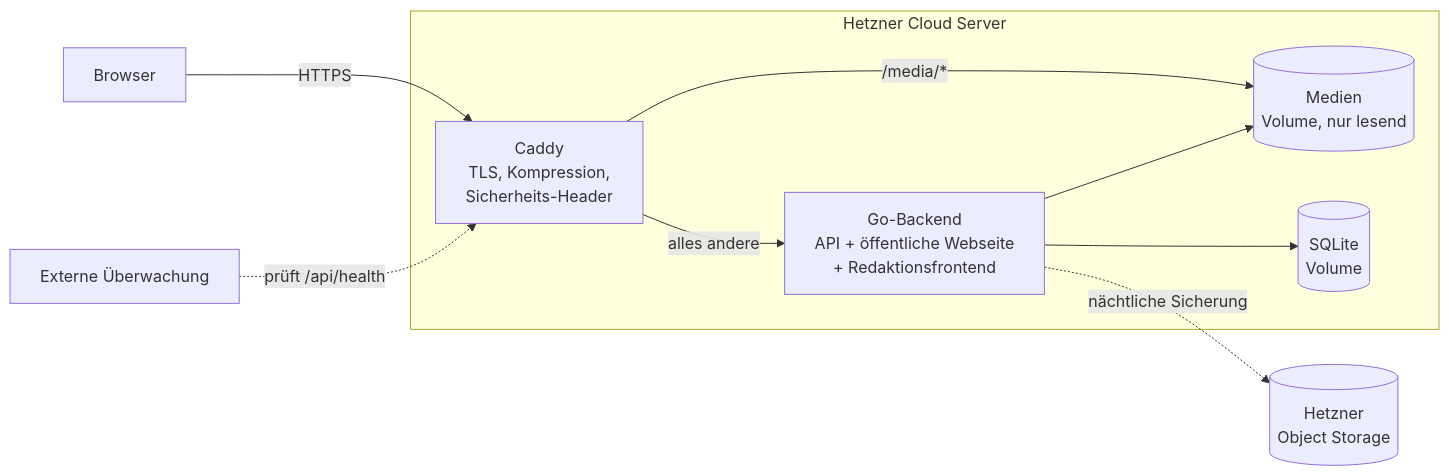
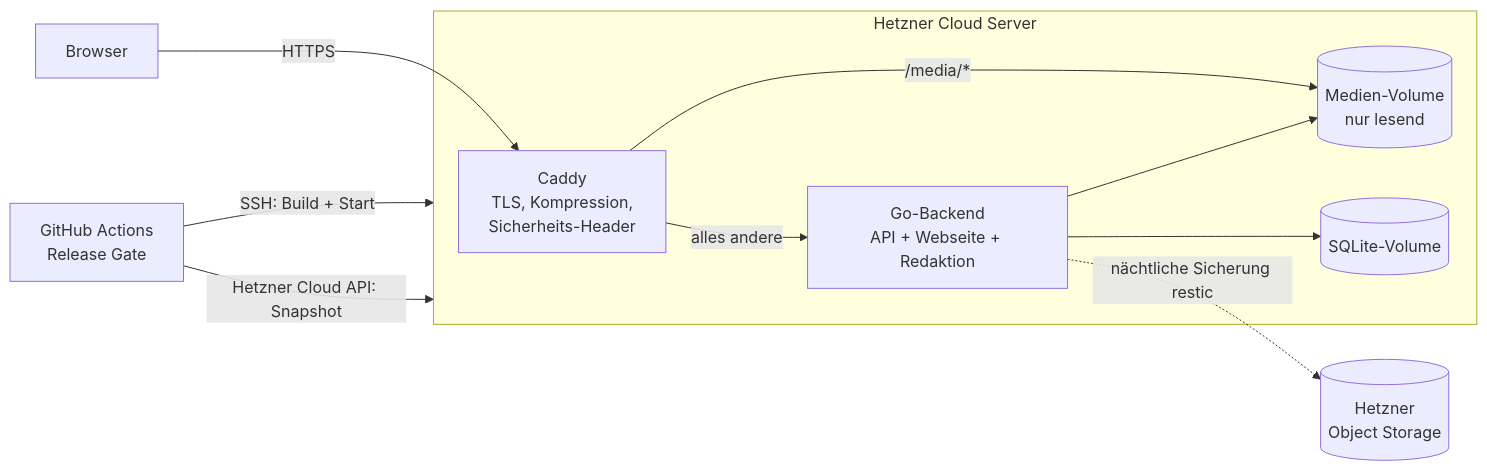
One commit to MarvinJakob/KIPerspektiven changed the first of 2 diagrams in ARCHITECTURE.md. Above: the diagram before and after it, drawn with Mermaid. The commit also changed other lines of this file and 100 other files, not shown here.

First line of the commit message:
chore: Umzug nach AIPerspectives mit Team-Prozess, Merge Gate und Release Gate

````diff
--- a/ARCHITECTURE.md
+++ b/ARCHITECTURE.md
@@ -20,16 +23,17 @@
 ```mermaid
 flowchart LR
     B[Browser] -- HTTPS --> C[Caddy<br/>TLS, Kompression,<br/>Sicherheits-Header]
-    C -- /media/* --> M[(Medien<br/>Volume, nur lesend)]
-    C -- alles andere --> G[Go-Backend<br/>API + öffentliche Webseite<br/>+ Redaktionsfrontend]
-    G --> D[(SQLite<br/>Volume)]
+    C -- /media/* --> M[(Medien-Volume<br/>nur lesend)]
+    C -- alles andere --> G[Go-Backend<br/>API + Webseite + Redaktion]
+    G --> D[(SQLite-Volume)]
     G --> M
-    subgraph Hetzner Cloud Server
+    subgraph H[Hetzner Cloud Server]
         C
         G
         D
         M
     end
-    G -. nächtliche Sicherung .-> S[(Hetzner<br/>Object Storage)]
-    U[Externe Überwachung] -. prüft /api/health .-> C
+    G -. nächtliche Sicherung restic .-> S[(Hetzner<br/>Object Storage)]
+    GA[GitHub Actions<br/>Release Gate] -- SSH: Build + Start --> H
+    GA -- Hetzner Cloud API: Snapshot --> H
 ```
````
